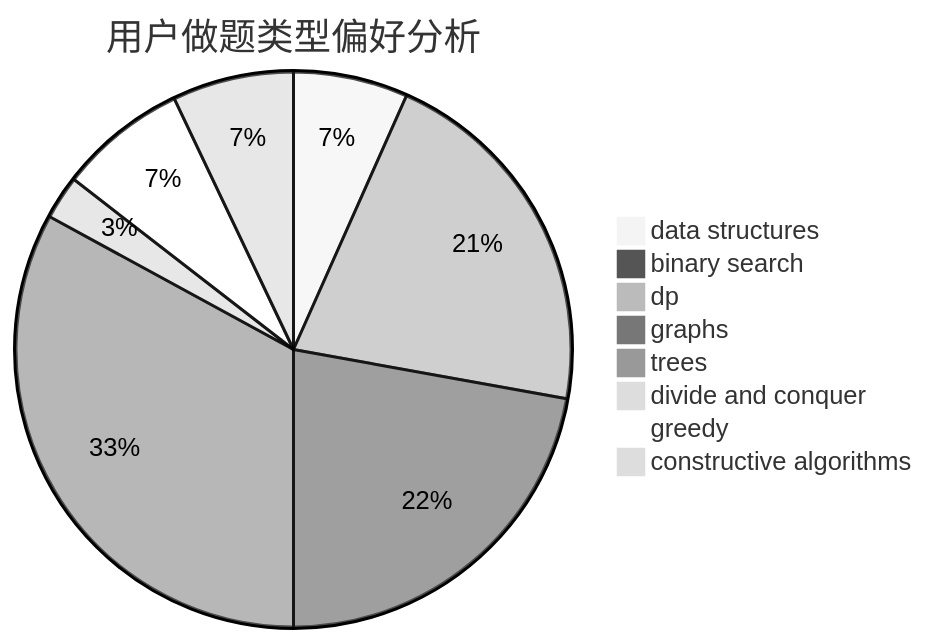
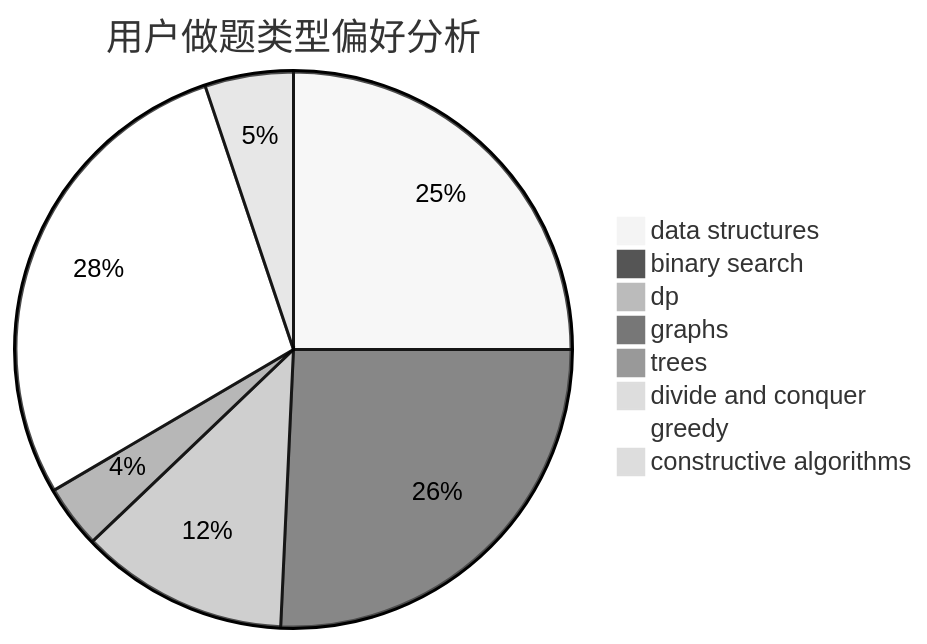
One commit to sherpahu/cfrs.github.io changed the second of 3 diagrams in docs/user/u2166.md. Above: the diagram before and after it, drawn with Mermaid (neutral theme). The commit also changed other lines of this file and 2770 other files, not shown here.

````diff
--- a/docs/user/u2166.md
+++ b/docs/user/u2166.md
@@ -23,11 +23,11 @@
 ```mermaid
 pie title 用户做题类型偏好分析
-    "data structures" :  34
-    "binary search" :  1
-    "dp" :  108
-    "graphs" :  113
-    "trees" :  168
-    "divide and conquer" :  13
-    "greedy" :  38
-    "constructive algorithms" :  36
+    "data structures" :  136
+    "binary search" :  140
+    "dp" :  66
+    "graphs" :  3
+    "trees" :  20
+    "divide and conquer" :  0
+    "greedy" :  154
+    "constructive algorithms" :  28
 ```
````
